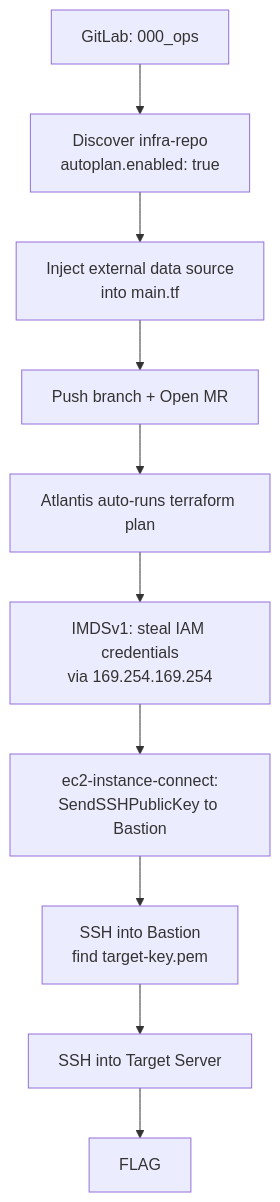
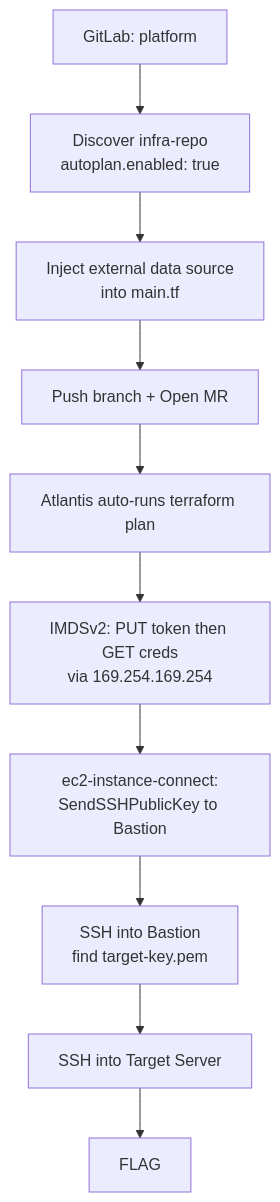
The diagram in scenarios/aws/03-supply-chain/cicd-eic-pivot/attack_path.md (Beaver-Dam-Community/GnawLab), drawn with Mermaid before and after one commit. The commit also changed 5 other files, not shown here.

````diff
--- a/scenarios/aws/03-supply-chain/cicd-eic-pivot/attack_path.md
+++ b/scenarios/aws/03-supply-chain/cicd-eic-pivot/attack_path.md
@@ -3,12 +3,12 @@
 ```mermaid
 flowchart TB
-    A[GitLab: 000_ops] --> B[Discover infra-repo\nautoplan.enabled: true]
+    A[GitLab: platform] --> B[Discover infra-repo\nautoplan.enabled: true]
     B --> C[Inject external data source\ninto main.tf]
     C --> D[Push branch + Open MR]
     D --> E[Atlantis auto-runs terraform plan]
-    E --> F[IMDSv1: steal IAM credentials\nvia 169.254.169.254]
+    E --> F[IMDSv2: PUT token then GET creds\nvia 169.254.169.254]
     F --> G[ec2-instance-connect:\nSendSSHPublicKey to Bastion]
     G --> H[SSH into Bastion\nfind target-key.pem]
     H --> I[SSH into Target Server]
     I --> J[FLAG]
 ```
````
